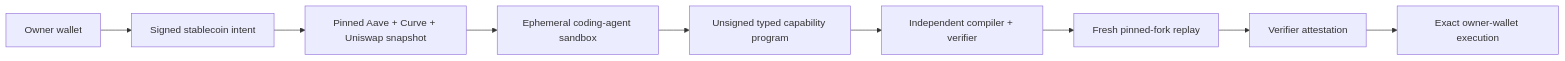
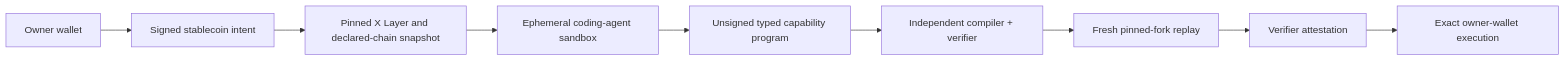
The diagram in README.md (SebastianBoehler/cobia), drawn with Mermaid before and after one commit. The commit also changed other lines of this file and 7 other files, not shown here.

````diff
--- a/README.md
+++ b/README.md
@@ -54,11 +56,11 @@
 ```mermaid
 flowchart LR
     W["Owner wallet"] --> I["Signed stablecoin intent"]
-    I --> S["Pinned Aave + Curve + Uniswap snapshot"]
+    I --> S["Pinned X Layer and declared-chain snapshot"]
     S --> A["Ephemeral coding-agent sandbox"]
     A --> P["Unsigned typed capability program"]
     P --> V["Independent compiler + verifier"]
     V --> F["Fresh pinned-fork replay"]
     F --> T["Verifier attestation"]
     T --> E["Exact owner-wallet execution"]
 ```
````
